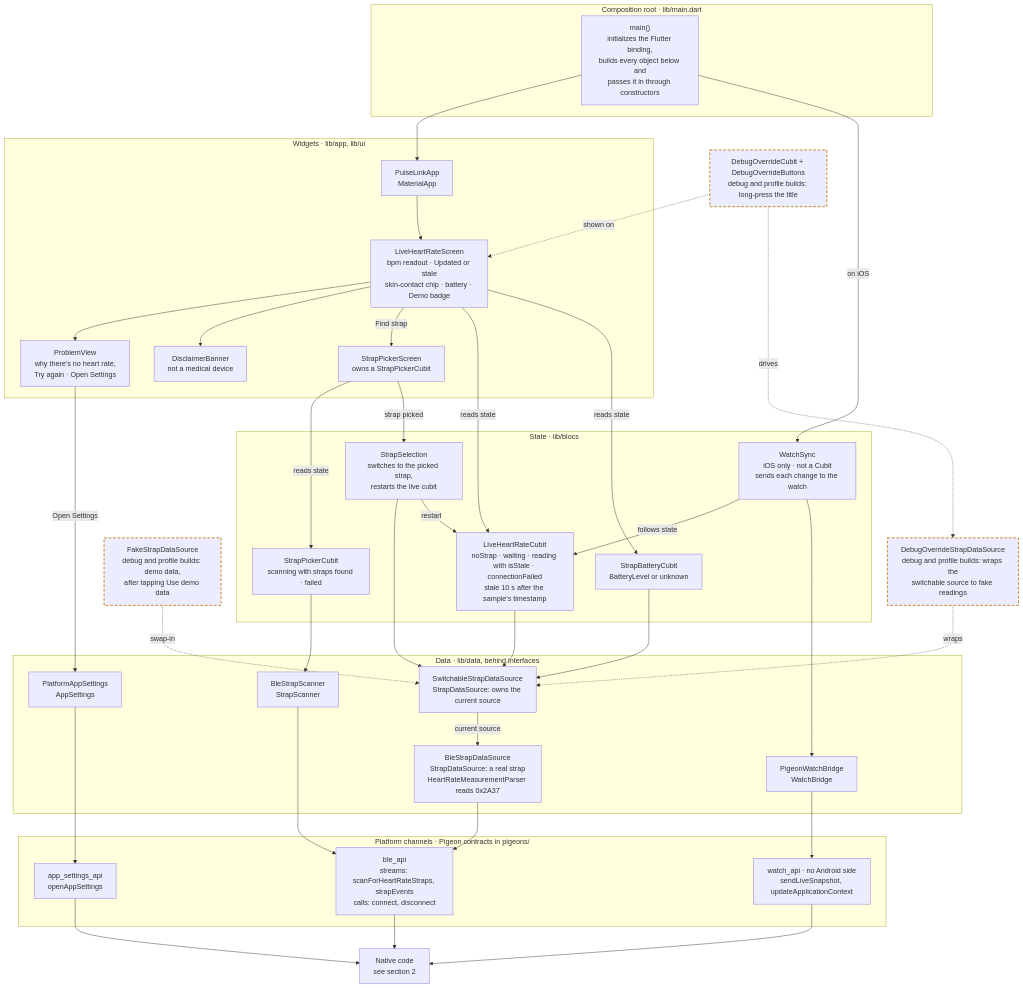
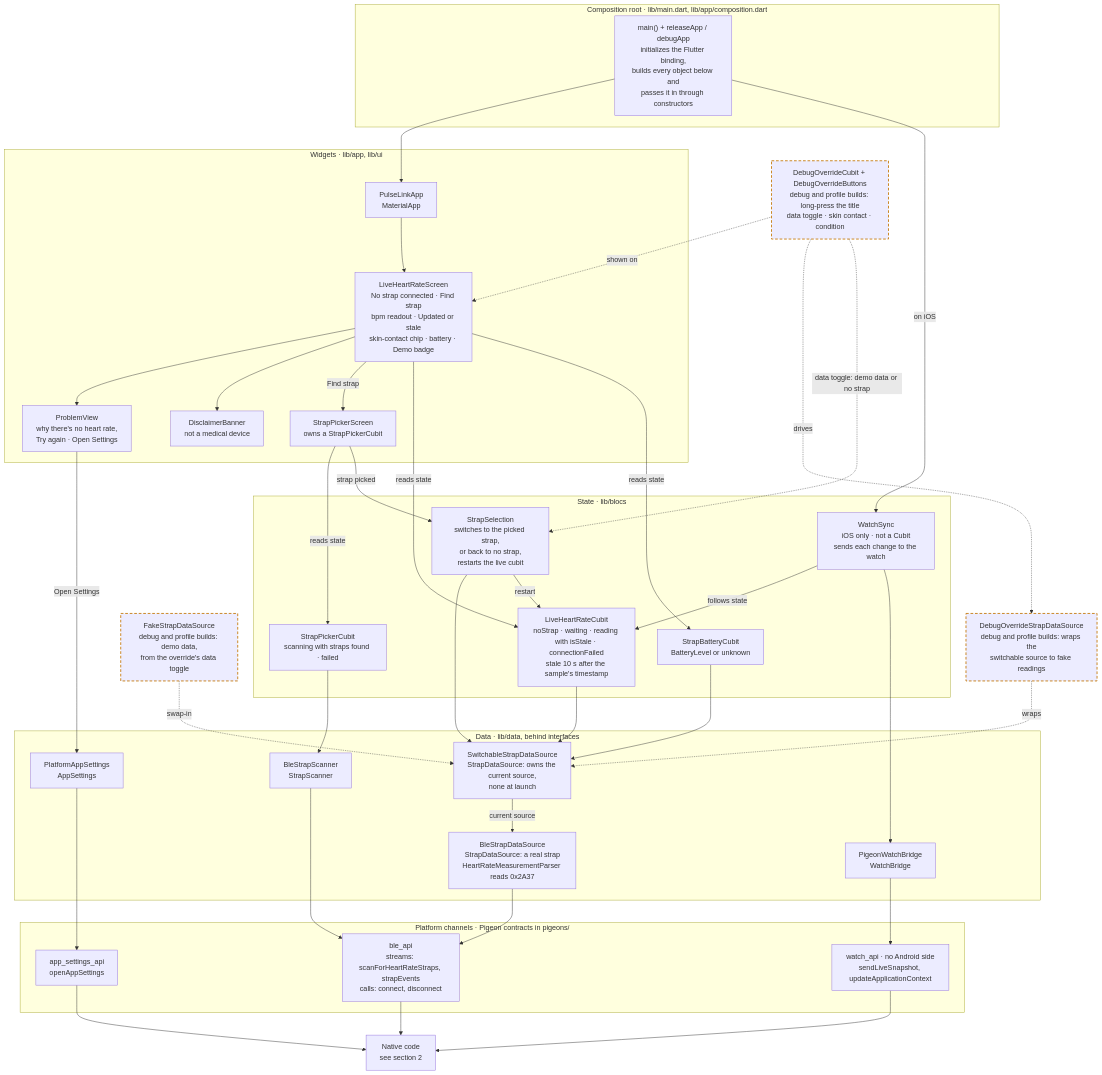
One commit to jpeckner/PulseLink changed the first of 4 diagrams in docs/architecture.md. Above: the diagram before and after it, drawn with Mermaid. The commit also changed other lines of this file and 17 other files, not shown here.

First line of the commit message:
feat(heart_rate_monitor): Milestone 6 - toggle

````diff
--- a/docs/architecture.md
+++ b/docs/architecture.md
@@ -21,75 +22,76 @@
 ```mermaid
 flowchart TB
-  subgraph ROOT["Composition root · lib/main.dart"]
-    main["main()<br/>initializes the Flutter binding,<br/>builds every object below and<br/>passes it in through constructors"]
+  subgraph ROOT["Composition root · lib/main.dart, lib/app/composition.dart"]
+    main["main() + releaseApp / debugApp<br/>initializes the Flutter binding,<br/>builds every object below and<br/>passes it in through constructors"]
   end
 
   subgraph UI["Widgets · lib/app, lib/ui"]
     app["PulseLinkApp<br/>MaterialApp"]
-    live["LiveHeartRateScreen<br/>bpm readout · Updated or stale<br/>skin-contact chip · battery · Demo badge"]
+    live["LiveHeartRateScreen<br/>No strap connected · Find strap<br/>bpm readout · Updated or stale<br/>skin-contact chip · battery · Demo badge"]
     problem["ProblemView<br/>why there's no heart rate,<br/>Try again · Open Settings"]
     disclaimer["DisclaimerBanner<br/>not a medical device"]
     picker["StrapPickerScreen<br/>owns a StrapPickerCubit"]
   end
 
   subgraph STATE["State · lib/blocs"]
     lhr["LiveHeartRateCubit<br/>noStrap · waiting · reading with isStale · connectionFailed<br/>stale 10 s after the sample's timestamp"]
     battery["StrapBatteryCubit<br/>BatteryLevel or unknown"]
     pickerCubit["StrapPickerCubit<br/>scanning with straps found · failed"]
-    selection["StrapSelection<br/>switches to the picked strap,<br/>restarts the live cubit"]
+    selection["StrapSelection<br/>switches to the picked strap,<br/>or back to no strap,<br/>restarts the live cubit"]
     sync["WatchSync<br/>iOS only · not a Cubit<br/>sends each change to the watch"]
   end
 
   subgraph DATA["Data · lib/data, behind interfaces"]
-    switchable["SwitchableStrapDataSource<br/>StrapDataSource: owns the current source"]
+    switchable["SwitchableStrapDataSource<br/>StrapDataSource: owns the current source,<br/>none at launch"]
     ble["BleStrapDataSource<br/>StrapDataSource: a real strap<br/>HeartRateMeasurementParser reads 0x2A37"]
     scanner["BleStrapScanner<br/>StrapScanner"]
     settings["PlatformAppSettings<br/>AppSettings"]
     bridge["PigeonWatchBridge<br/>WatchBridge"]
   end
 
   subgraph CHANNELS["Platform channels · Pigeon contracts in pigeons/"]
     bleApi["ble_api<br/>streams: scanForHeartRateStraps, strapEvents<br/>calls: connect, disconnect"]
     settingsApi["app_settings_api<br/>openAppSettings"]
     watchApi["watch_api · no Android side<br/>sendLiveSnapshot, updateApplicationContext"]
   end
 
   native["Native code<br/>see section 2"]
 
   main --> app
   main -- "on iOS" --> sync
   app --> live
   live --> problem
   live --> disclaimer
   live -- "Find strap" --> picker
   live -- "reads state" --> lhr
   live -- "reads state" --> battery
   picker -- "reads state" --> pickerCubit
   picker -- "strap picked" --> selection
   problem -- "Open Settings" --> settings
   selection --> switchable
   selection -- "restart" --> lhr
   lhr --> switchable
   battery --> switchable
   pickerCubit --> scanner
   sync -- "follows state" --> lhr
   sync --> bridge
   switchable -- "current source" --> ble
   ble --> bleApi
   scanner --> bleApi
   settings --> settingsApi
   bridge --> watchApi
   bleApi --> native
   settingsApi --> native
   watchApi --> native
 
-  fake["FakeStrapDataSource<br/>debug and profile builds: demo data,<br/>after tapping Use demo data"]:::swap
+  fake["FakeStrapDataSource<br/>debug and profile builds: demo data,<br/>from the override's data toggle"]:::swap
   override["DebugOverrideStrapDataSource<br/>debug and profile builds: wraps the<br/>switchable source to fake readings"]:::swap
-  overrideUi["DebugOverrideCubit + DebugOverrideButtons<br/>debug and profile builds: long-press the title"]:::swap
+  overrideUi["DebugOverrideCubit + DebugOverrideButtons<br/>debug and profile builds: long-press the title<br/>data toggle · skin contact · condition"]:::swap
   fake -. "swap-in" .-> switchable
   override -. "wraps" .-> switchable
   overrideUi -. "drives" .-> override
+  overrideUi -. "data toggle: demo data or no strap" .-> selection
   overrideUi -. "shown on" .-> live
 
   classDef swap stroke:#c77d12,stroke-width:2px,stroke-dasharray:6 4
 ```
````
